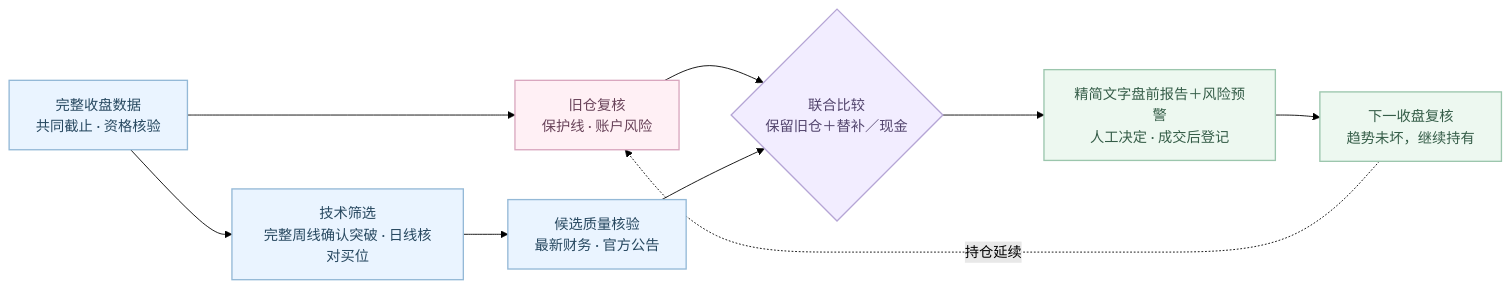
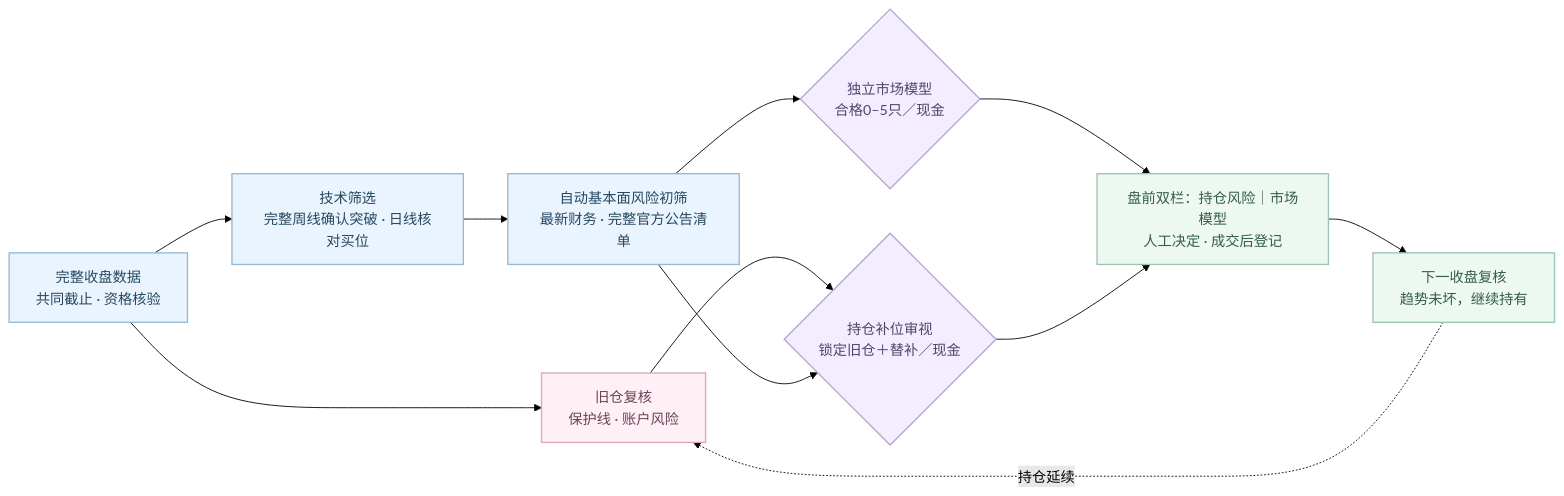
One commit to zerongwong/a-share-lab changed the diagram in README.md. Above: the diagram before and after it, drawn with Mermaid (forest theme). The commit also changed other lines of this file and 20 other files, not shown here.

````diff
--- a/README.md
+++ b/README.md
@@ -18,23 +18,24 @@
 ```mermaid
 flowchart LR
     D["完整收盘数据<br/>共同截止 · 资格核验"]
     H["旧仓复核<br/>保护线 · 账户风险"]
     N["技术筛选<br/>完整周线确认突破 · 日线核对买位"]
-    F["候选质量核验<br/>最新财务 · 官方公告"]
-    J{"联合比较<br/>保留旧仓＋替补／现金"}
-    R["精简文字盘前报告＋风险预警<br/>人工决定 · 成交后登记"]
+    F["自动基本面风险初筛<br/>最新财务 · 完整官方公告清单"]
+    M{"独立市场模型<br/>合格0–5只／现金"}
+    J{"持仓补位审视<br/>锁定旧仓＋替补／现金"}
+    R["盘前双栏：持仓风险｜市场模型<br/>人工决定 · 成交后登记"]
     V["下一收盘复核<br/>趋势未坏，继续持有"]
     D --> H & N
     H --> J
-    N --> F --> J
-    J --> R --> V
+    N --> F --> M & J
+    M & J --> R --> V
     V -. 持仓延续 .-> H
     classDef sky fill:#eaf4ff,stroke:#94b9d7,color:#274860,stroke-width:1.5px;
     classDef rose fill:#fff0f5,stroke:#d9a7bf,color:#69435a,stroke-width:1.5px;
     classDef mint fill:#edf8f0,stroke:#9bc6ad,color:#355d48,stroke-width:1.5px;
     classDef lavender fill:#f2edff,stroke:#b5a5d5,color:#52446d,stroke-width:1.5px;
     class D,N,F sky;
     class H rose;
-    class J lavender;
+    class M,J lavender;
     class R,V mint;
 ```
````
